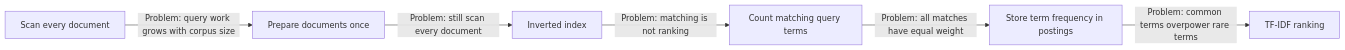
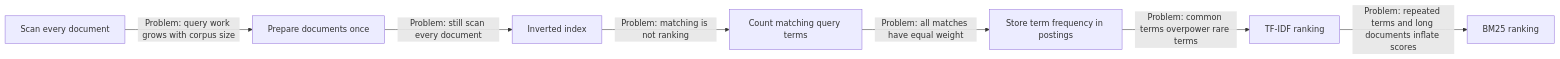
Before and after one commit to Rutujeet/minisearch: the second of 2 diagrams in docs/architecture.md, drawn with Mermaid. The commit also changed other lines of this file, not shown here.

````diff
--- a/docs/architecture.md
+++ b/docs/architecture.md
@@ -25,8 +25,9 @@
 ```mermaid
 flowchart LR
     A[Scan every document] -->|Problem: query work grows with corpus size| B[Prepare documents once]
     B -->|Problem: still scan every document| C[Inverted index]
     C -->|Problem: matching is not ranking| D[Count matching query terms]
     D -->|Problem: all matches have equal weight| E[Store term frequency in postings]
     E -->|Problem: common terms overpower rare terms| F[TF-IDF ranking]
+    F -->|Problem: repeated terms and long documents inflate scores| G[BM25 ranking]
 ```
````
